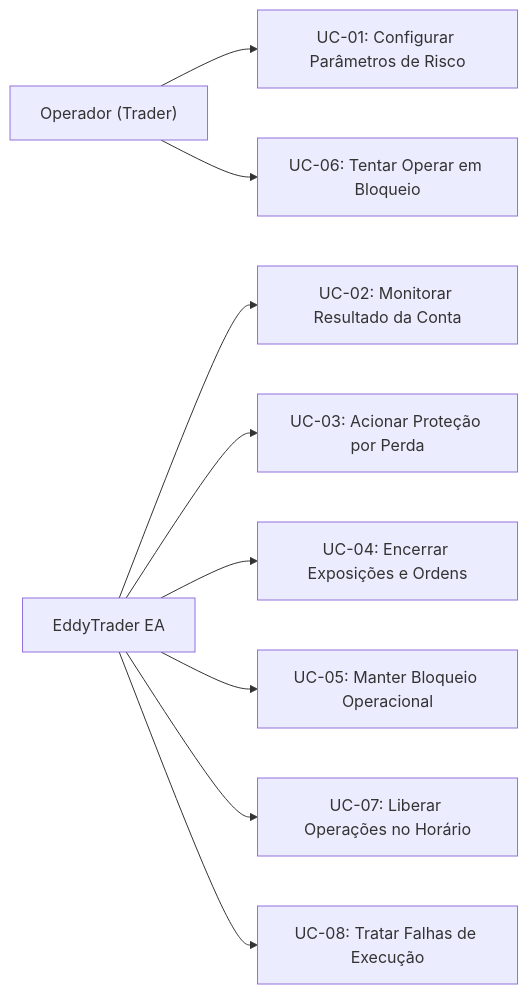
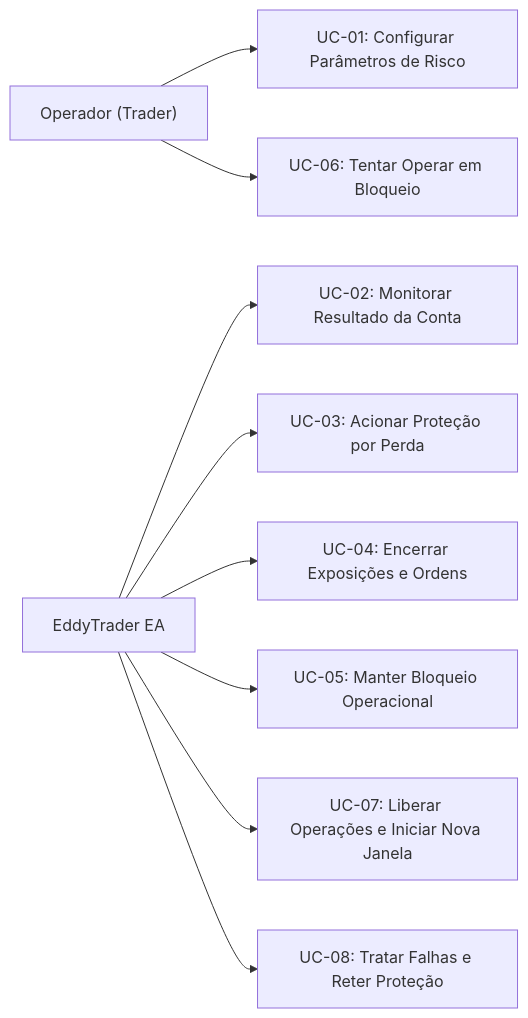
Before and after one commit to hallanbrito/eddytrader: the diagram in docs/04-CASOS-DE-USO.md, drawn with Mermaid. The commit also changed other lines of this file and 12 other files, not shown here.

````diff
--- a/docs/04-CASOS-DE-USO.md
+++ b/docs/04-CASOS-DE-USO.md
@@ -17,12 +17,12 @@
 ```mermaid
 flowchart LR
     Op["Operador (Trader)"] --> UC01["UC-01: Configurar Parâmetros de Risco"]
     Op --> UC06["UC-06: Tentar Operar em Bloqueio"]
     
     Sys["EddyTrader EA"] --> UC02["UC-02: Monitorar Resultado da Conta"]
     Sys --> UC03["UC-03: Acionar Proteção por Perda"]
     Sys --> UC04["UC-04: Encerrar Exposições e Ordens"]
     Sys --> UC05["UC-05: Manter Bloqueio Operacional"]
-    Sys --> UC07["UC-07: Liberar Operações no Horário"]
-    Sys --> UC08["UC-08: Tratar Falhas de Execução"]
+    Sys --> UC07["UC-07: Liberar Operações e Iniciar Nova Janela"]
+    Sys --> UC08["UC-08: Tratar Falhas e Reter Proteção"]
 ```
````
